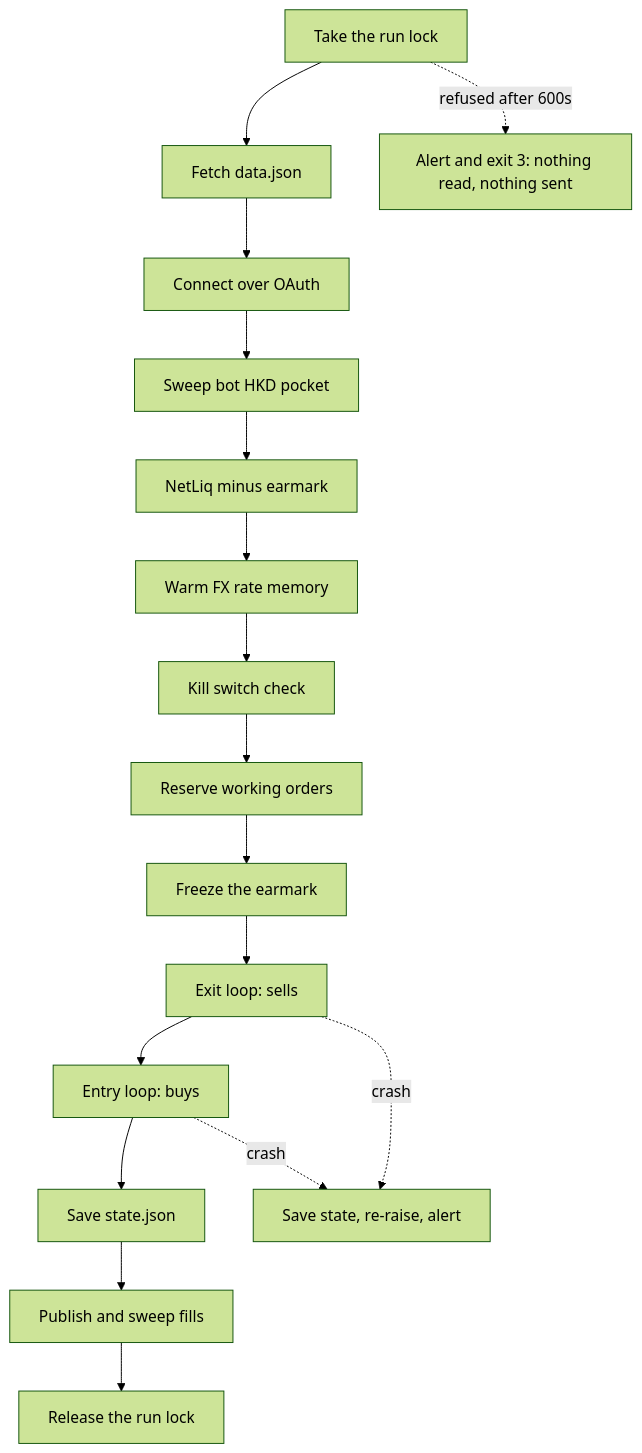
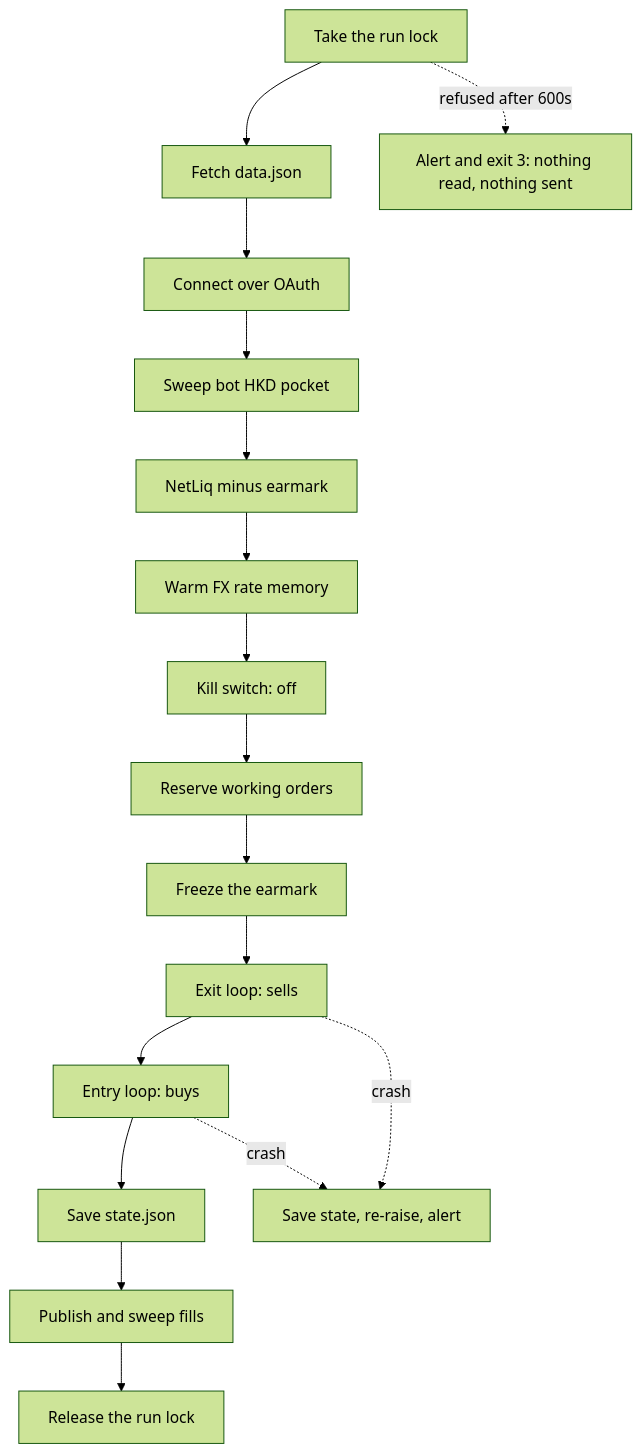
The fifth of 20 diagrams in WIKI.md (btctree/multi-product-signals), drawn with Mermaid (forest theme) before and after one commit. The commit also changed other lines of this file and 2 other files, not shown here.

````diff
--- a/WIKI.md
+++ b/WIKI.md
@@ -866,19 +902,19 @@
 ```mermaid
 flowchart TD
   Z[Take the run lock] --> A[Fetch data.json]
   A --> B[Connect over OAuth]
   B --> C[Sweep bot HKD pocket]
   C --> D[NetLiq minus earmark]
   D --> E[Warm FX rate memory]
-  E --> F[Kill switch check]
+  E --> F[Kill switch: off]
   F --> G[Reserve working orders]
   G --> H[Freeze the earmark]
   H --> I[Exit loop: sells]
   I --> J[Entry loop: buys]
   J --> K[Save state.json]
   K --> L[Publish and sweep fills]
   L --> N[Release the run lock]
   Z -. refused after 600s .-> P[Alert and exit 3: nothing read, nothing sent]
   I -. crash .-> M[Save state, re-raise, alert]
   J -. crash .-> M
 ```
````
